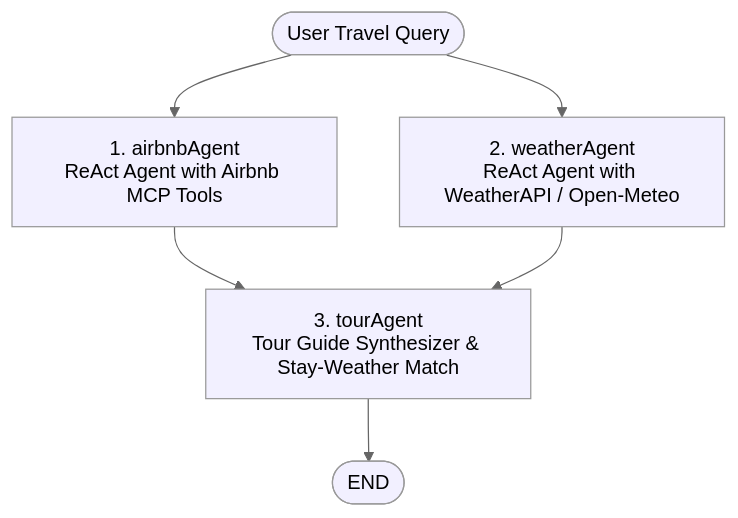
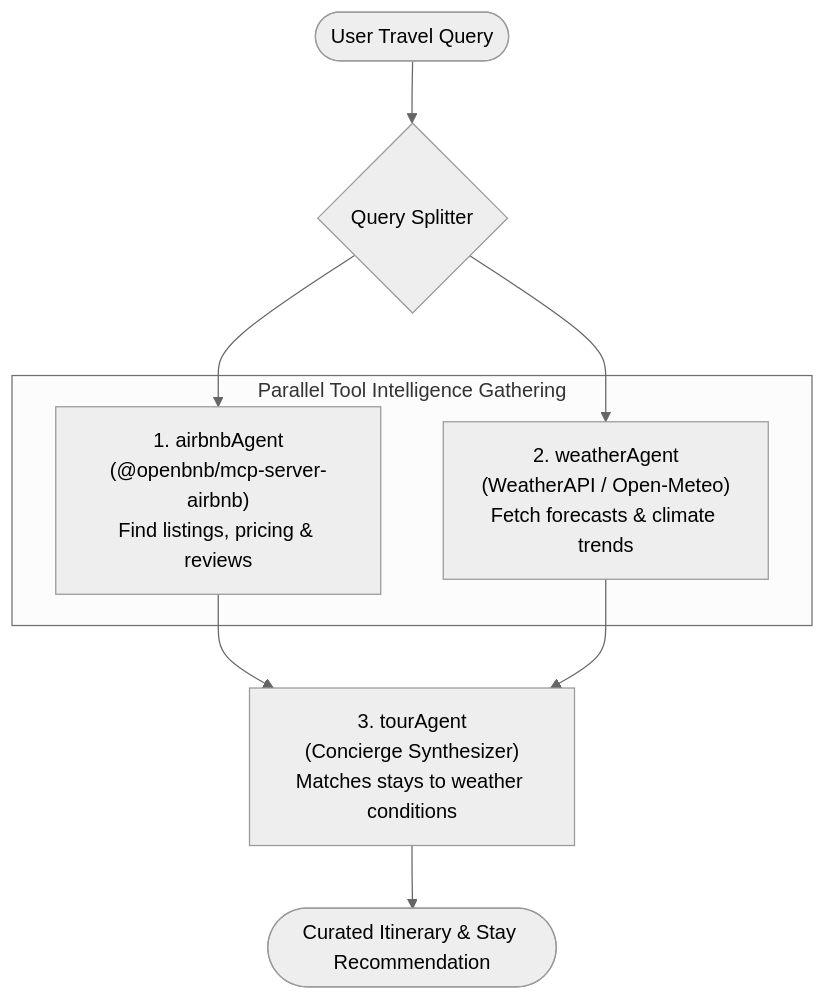
One commit to ambideXtrous9/Langchain-Langgraph-Notebooks changed the eighth of 14 diagrams in README.md. Above: the diagram before and after it, drawn with Mermaid (neutral theme). The commit also changed other lines of this file, not shown here.

Commit message:
docs(readme): thoroughly clean, simplify and standardize all 14 architecture and workflow diagrams

````diff
--- a/README.md
+++ b/README.md
@@ -576,11 +551,16 @@
 ```mermaid
 flowchart TD
-    Start([User Travel Query]) --> AirbnbAgent[1. airbnbAgent\nReAct Agent with Airbnb MCP Tools]
-    Start --> WeatherAgent[2. weatherAgent\nReAct Agent with WeatherAPI / Open-Meteo]
+    Start(["User Travel Query"]) --> Split{Query Splitter}
     
-    AirbnbAgent --> TourAgent[3. tourAgent\nTour Guide Synthesizer & Stay-Weather Match]
+    subgraph ParallelTools ["Parallel Tool Intelligence Gathering"]
+        AirbnbAgent["1. airbnbAgent\n(@openbnb/mcp-server-airbnb)\nFind listings, pricing & reviews"]
+        WeatherAgent["2. weatherAgent\n(WeatherAPI / Open-Meteo)\nFetch forecasts & climate trends"]
+    end
+    
+    Split --> AirbnbAgent
+    Split --> WeatherAgent
+    
+    AirbnbAgent --> TourAgent["3. tourAgent\n(Concierge Synthesizer)\nMatches stays to weather conditions"]
     WeatherAgent --> TourAgent
-    TourAgent --> EndNode([END])
-    
-    classDef default fill:#f2f0ff,line-height:1.2
+    TourAgent --> EndNode(["Curated Itinerary & Stay Recommendation"])
 ```
````
